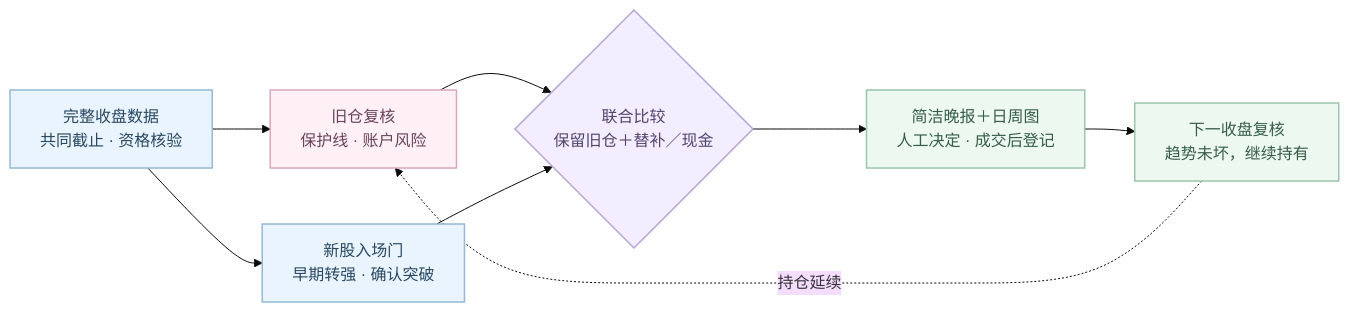
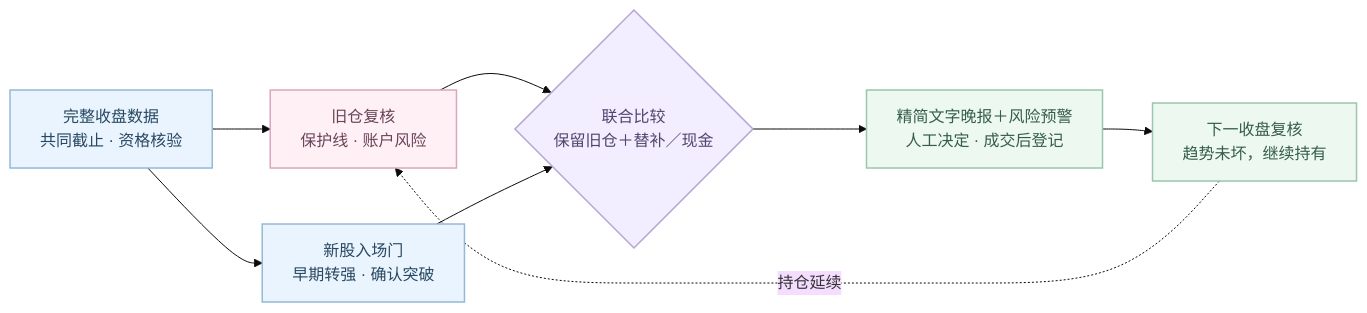
The diagram in README.md (zerongwong/a-share-lab), drawn with Mermaid (base theme) before and after one commit. The commit also changed other lines of this file and 31 other files, not shown here.

````diff
--- a/README.md
+++ b/README.md
@@ -13,22 +16,22 @@
 ```mermaid
 flowchart LR
     D["完整收盘数据<br/>共同截止 · 资格核验"]
     H["旧仓复核<br/>保护线 · 账户风险"]
     N["新股入场门<br/>早期转强 · 确认突破"]
     J{"联合比较<br/>保留旧仓＋替补／现金"}
-    R["简洁晚报＋日周图<br/>人工决定 · 成交后登记"]
+    R["精简文字晚报＋风险预警<br/>人工决定 · 成交后登记"]
     V["下一收盘复核<br/>趋势未坏，继续持有"]
     D --> H & N
     H --> J
     N --> J
     J --> R --> V
     V -. 持仓延续 .-> H
     classDef sky fill:#eaf4ff,stroke:#94b9d7,color:#274860,stroke-width:1.5px;
     classDef rose fill:#fff0f5,stroke:#d9a7bf,color:#69435a,stroke-width:1.5px;
     classDef mint fill:#edf8f0,stroke:#9bc6ad,color:#355d48,stroke-width:1.5px;
     classDef lavender fill:#f2edff,stroke:#b5a5d5,color:#52446d,stroke-width:1.5px;
     class D,N sky;
     class H rose;
     class J lavender;
     class R,V mint;
 ```
````
